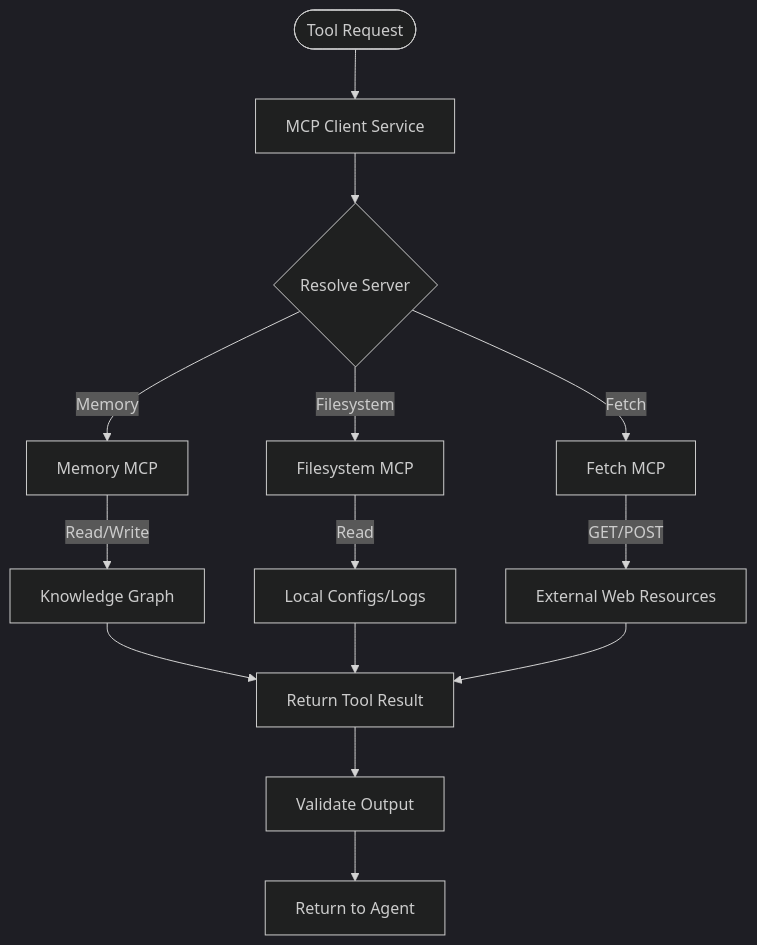
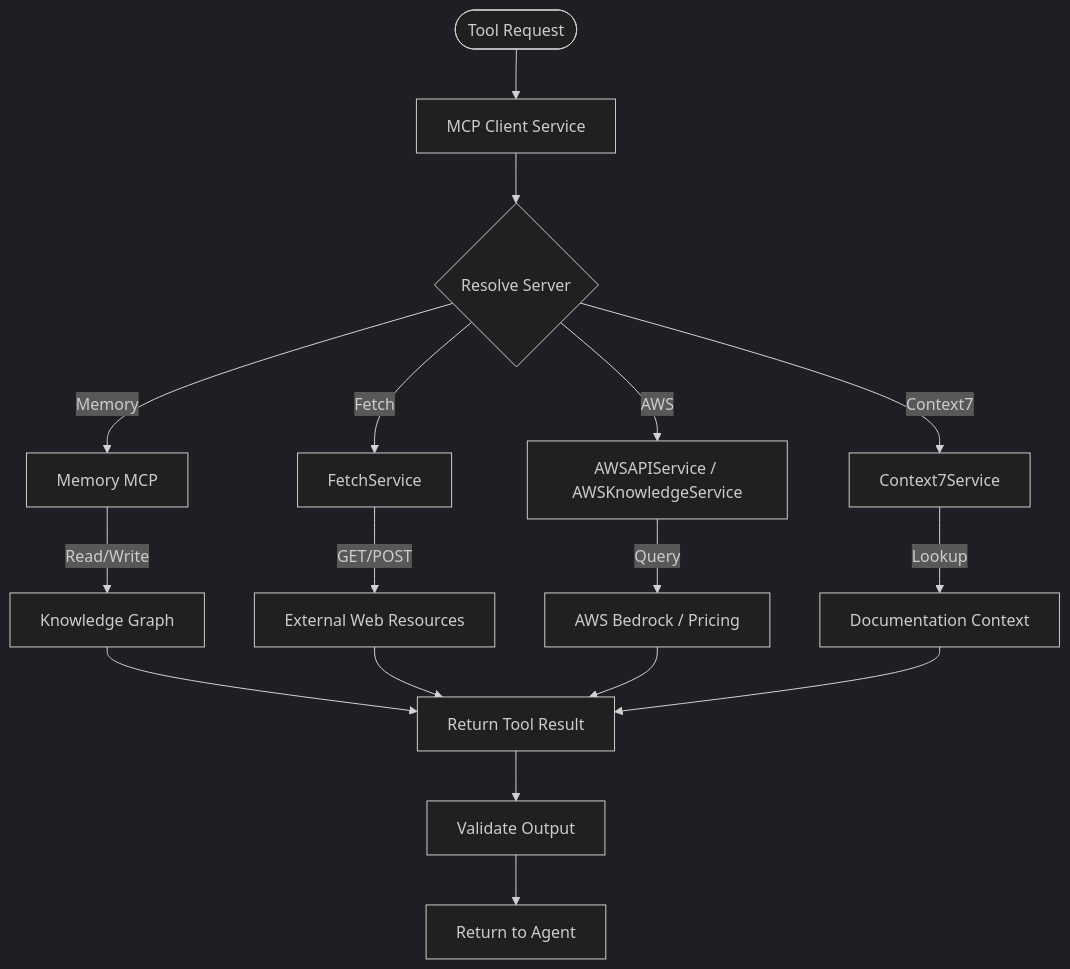
One commit to exatfrds67/umamusume-career-planner changed the sixth of 7 diagrams in docs/01-flows/FLOW-006_AI_Advisory_System.md. Above: the diagram before and after it, drawn with Mermaid (dark theme). The commit also changed other lines of this file and 111 other files, not shown here.

````diff
--- a/docs/01-flows/FLOW-006_AI_Advisory_System.md
+++ b/docs/01-flows/FLOW-006_AI_Advisory_System.md
@@ -200,21 +206,24 @@
 ```mermaid
 flowchart TD
     Start([Tool Request]) --> MCPClient[MCP Client Service]
     
     MCPClient --> ResolveServer{Resolve Server}
     
     ResolveServer -->|Memory| MemoryServer[Memory MCP]
-    ResolveServer -->|Filesystem| FileServer[Filesystem MCP]
-    ResolveServer -->|Fetch| FetchServer[Fetch MCP]
+    ResolveServer -->|Fetch| FetchServer[FetchService]
+    ResolveServer -->|AWS| AWSServer[AWSAPIService / AWSKnowledgeService]
+    ResolveServer -->|Context7| Context7Server[Context7Service]
     
     MemoryServer -->|Read/Write| GraphStore[Knowledge Graph]
-    FileServer -->|Read| LocalFiles[Local Configs/Logs]
     FetchServer -->|GET/POST| ExternalWeb[External Web Resources]
+    AWSServer -->|Query| AWSResources[AWS Bedrock / Pricing]
+    Context7Server -->|Lookup| DocResources[Documentation Context]
     
     GraphStore --> ReturnResult[Return Tool Result]
-    LocalFiles --> ReturnResult
     ExternalWeb --> ReturnResult
+    AWSResources --> ReturnResult
+    DocResources --> ReturnResult
     
     ReturnResult --> ValidateResult[Validate Output]
     ValidateResult --> ReturnAgent[Return to Agent]
 ```
````
